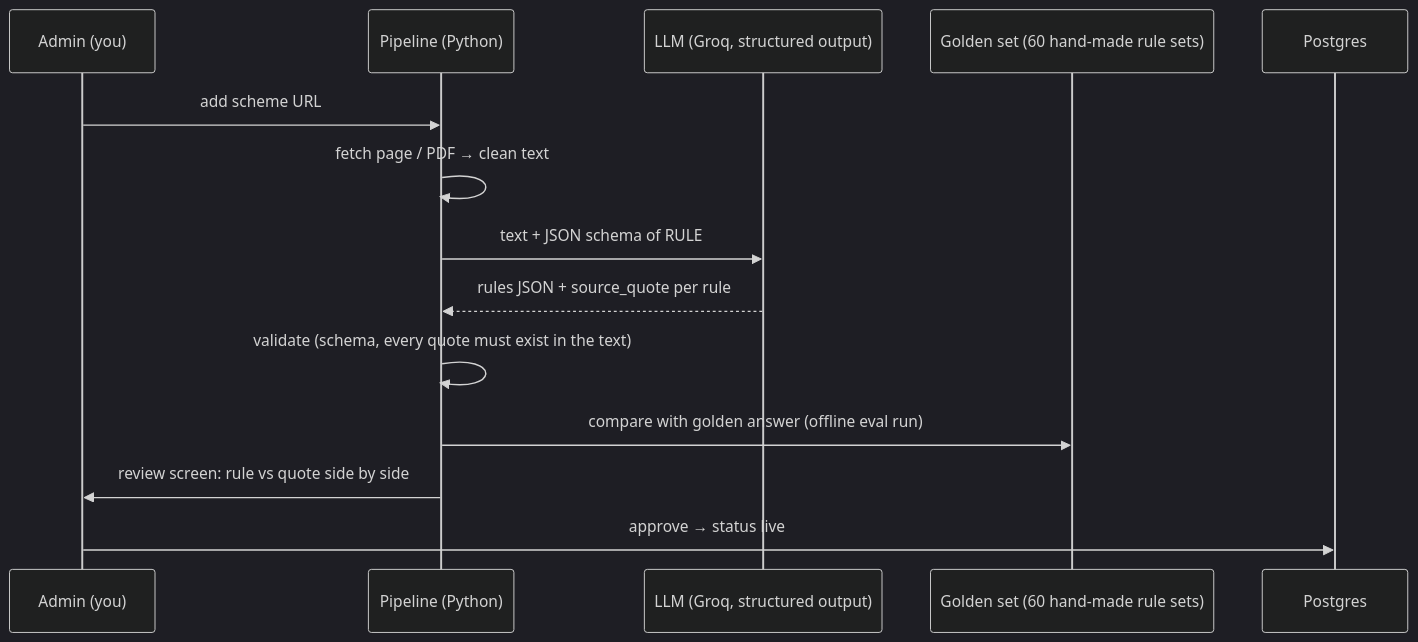
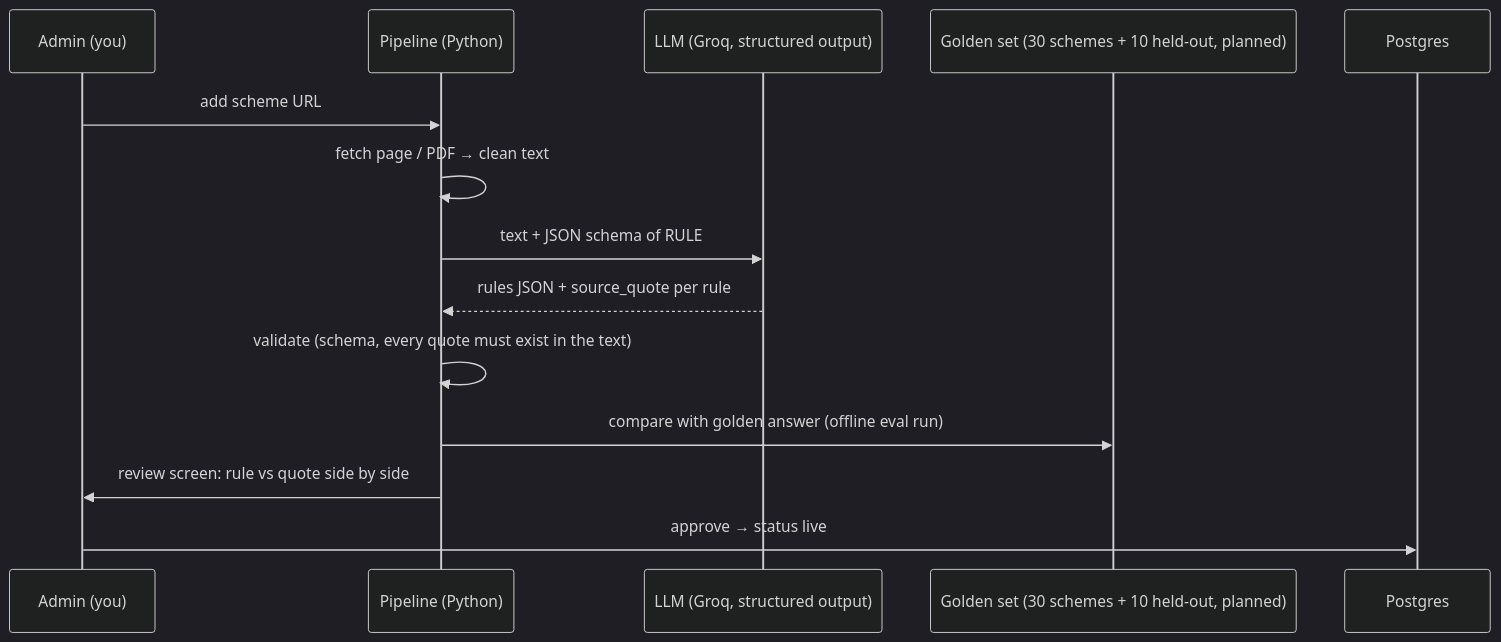
Before and after one commit to Zakuroooo/SchemeMatch: the fourth of 7 diagrams in docs/ARCHITECTURE.md, drawn with Mermaid (dark theme). The commit also changed other lines of this file and 10 other files, not shown here.

````diff
--- a/docs/ARCHITECTURE.md
+++ b/docs/ARCHITECTURE.md
@@ -104,16 +104,16 @@
 ```mermaid
 sequenceDiagram
     participant A as Admin (you)
     participant P as Pipeline (Python)
     participant L as LLM (Groq, structured output)
-    participant G as Golden set (60 hand-made rule sets)
+    participant G as Golden set (30 schemes + 10 held-out, planned)
     participant DB as Postgres
     A->>P: add scheme URL
     P->>P: fetch page / PDF → clean text
     P->>L: text + JSON schema of RULE
     L-->>P: rules JSON + source_quote per rule
     P->>P: validate (schema, every quote must exist in the text)
     P->>G: compare with golden answer (offline eval run)
     P->>A: review screen: rule vs quote side by side
     A->>DB: approve → status live
 ```
````
